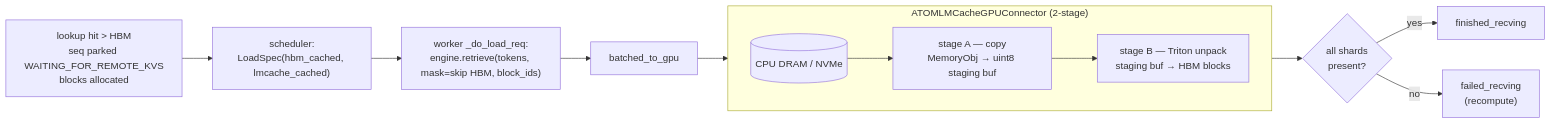
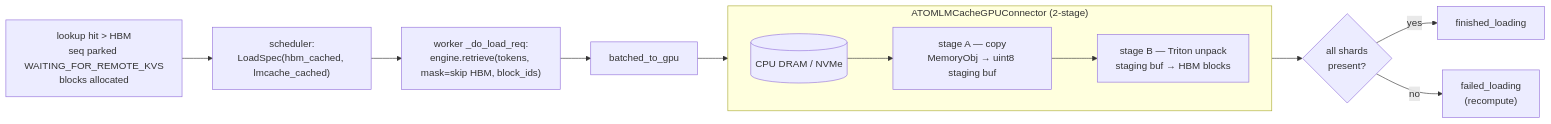
One commit to ROCm/ATOM changed the third of 4 diagrams in atom/kv_transfer/offload/README.md. Above: the diagram before and after it, drawn with Mermaid. The commit also changed other lines of this file and 33 other files, not shown here.

````diff
--- a/atom/kv_transfer/offload/README.md
+++ b/atom/kv_transfer/offload/README.md
@@ -186,15 +326,15 @@
 ```mermaid
 flowchart LR
     A["lookup hit &gt; HBM<br/>seq parked WAITING_FOR_REMOTE_KVS<br/>blocks allocated"] --> B["scheduler:<br/>LoadSpec(hbm_cached, lmcache_cached)"]
     B --> C["worker _do_load_req:<br/>engine.retrieve(tokens, mask=skip HBM, block_ids)"]
     C --> D["batched_to_gpu"]
     subgraph PIPE_L["ATOMLMCacheGPUConnector (2-stage)"]
         direction LR
         S[("CPU DRAM / NVMe")] --> E["stage A — copy<br/>MemoryObj → uint8 staging buf"]
         E --> F["stage B — Triton unpack<br/>staging buf → HBM blocks"]
     end
     D --> E
     F --> G{"all shards<br/>present?"}
-    G -- yes --> H["finished_recving"]
-    G -- no --> I["failed_recving<br/>(recompute)"]
+    G -- yes --> H["finished_loading"]
+    G -- no --> I["failed_loading<br/>(recompute)"]
 ```
````
